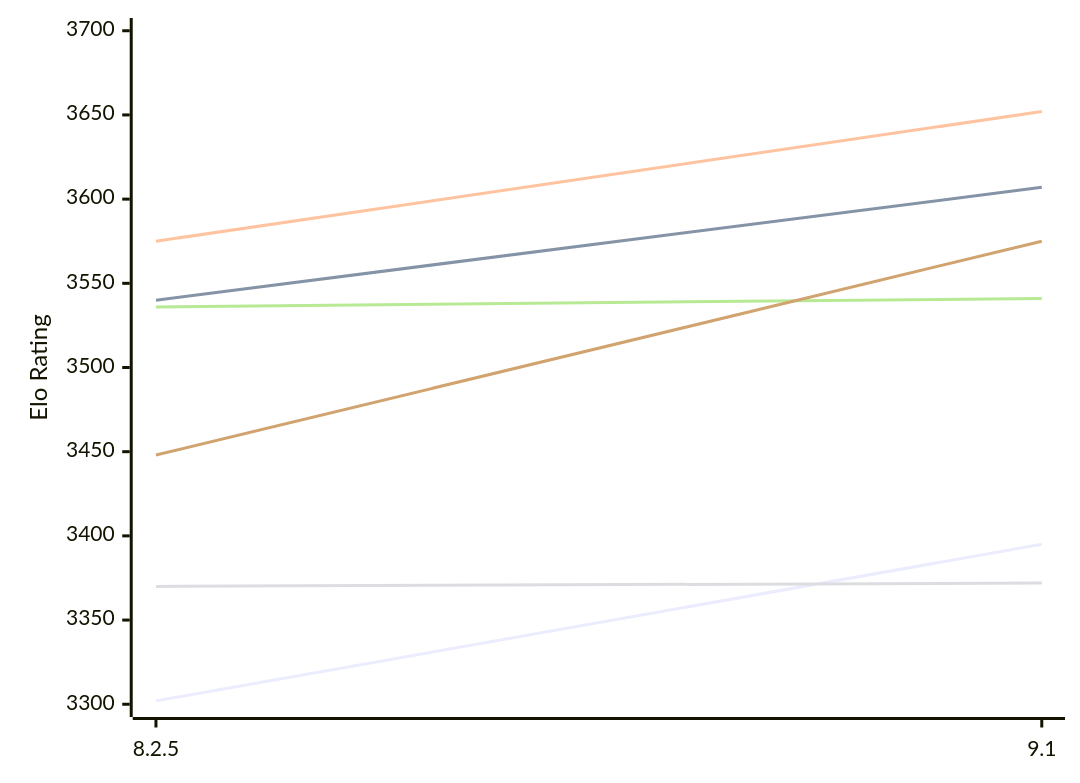
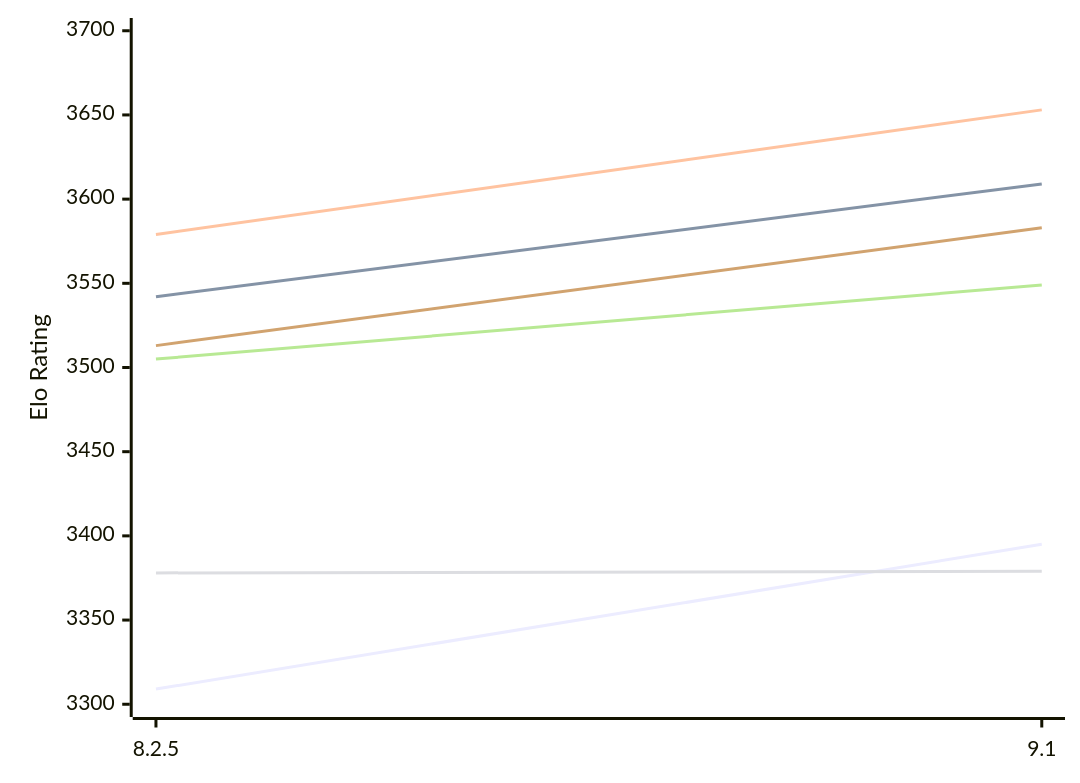
The first of 2 diagrams in engines/Clover.md (computer-chess-index/cci), drawn with Mermaid before and after one commit. The commit also changed other lines of this file, not shown here.

Commit message:
Update CCI Ratings (ELO VLTC) - 2026-11-25

````diff
--- a/engines/Clover.md
+++ b/engines/Clover.md
@@ -52,12 +52,12 @@
 ```mermaid
 %%{init: {"theme":"base","themeVariables":{"seriesColors:['#a3a3a3','#222221','#faa371']}}}%%
 xychart-beta
   x-axis ["8.2.5", "9.1"]
   y-axis "Elo Rating" 3300 --> 3700
-  line "E1: STC (8.0+0.08s)" [3302, 3395]
-  line "E1: LTC (60.0+0.60s)" [3540, 3607]
-  line "E1: VLTC (2m24s+1.12s)" [3575, 3652]
-  line "P1: STC (8.0+0.08s)" [3370, 3372]
-  line "P1: LTC (60.0+0.60s)" [3536, 3541]
-  line "P1: VLTC (2m24s+1.12s)" [3448, 3575]
+  line "E1: STC (8.0+0.08s)" [3309, 3395]
+  line "E1: LTC (60.0+0.60s)" [3542, 3609]
+  line "E1: VLTC (2m24s+1.12s)" [3579, 3653]
+  line "P1: STC (8.0+0.08s)" [3378, 3379]
+  line "P1: LTC (60.0+0.60s)" [3505, 3549]
+  line "P1: VLTC (2m24s+1.12s)" [3513, 3583]
 ```
````
